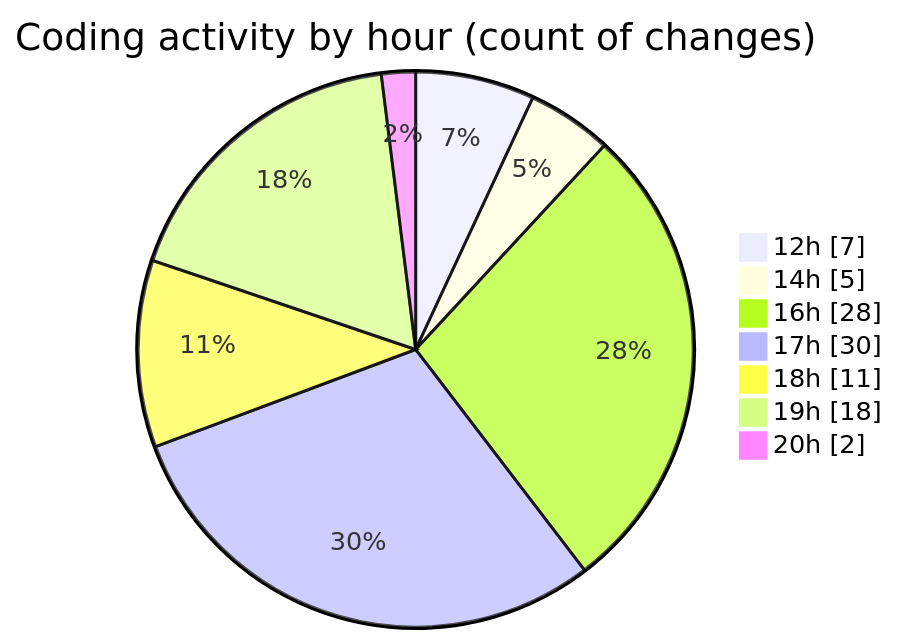
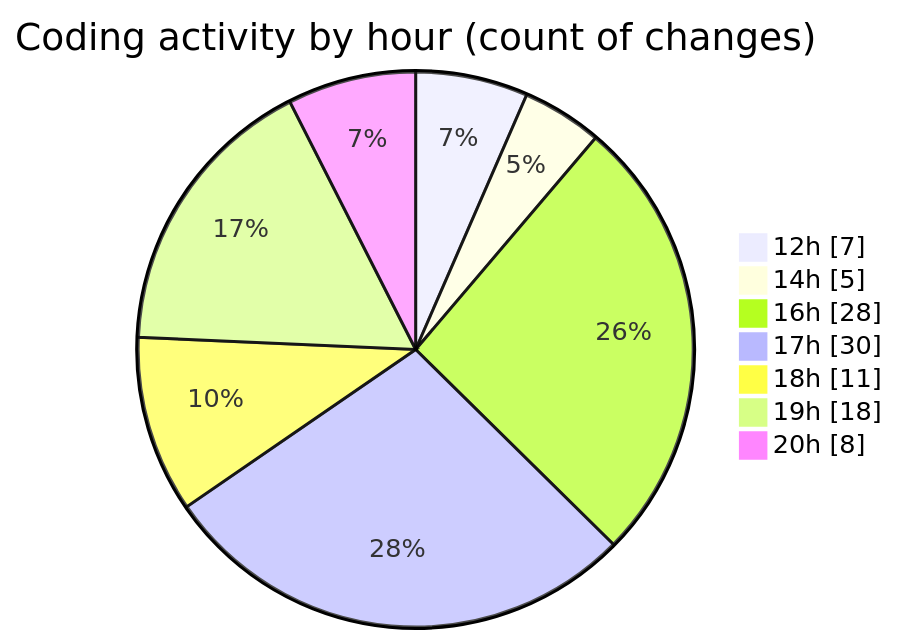
The second of 2 diagrams in 2025-10-06/eventscop-frontend-guide__workspace_/README.md (julien-gomy/code-tracking), drawn with Mermaid before and after one commit. The commit also changed other lines of this file and 1 other file, not shown here.

````diff
--- a/2025-10-06/eventscop-frontend-guide__workspace_/README.md
+++ b/2025-10-06/eventscop-frontend-guide__workspace_/README.md
@@ -61,11 +63,11 @@
 ```mermaid
 pie showData
 title Coding activity by hour (count of changes)
 "12h" : 7
 "14h" : 5
 "16h" : 28
 "17h" : 30
 "18h" : 11
 "19h" : 18
-"20h" : 2
+"20h" : 8
 ```
````
